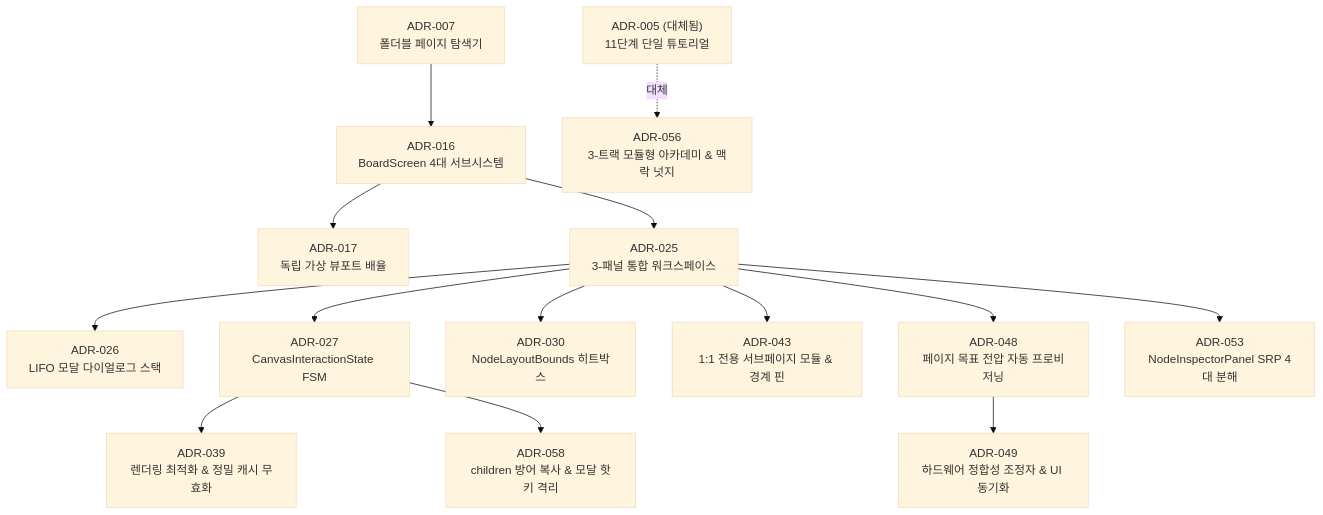
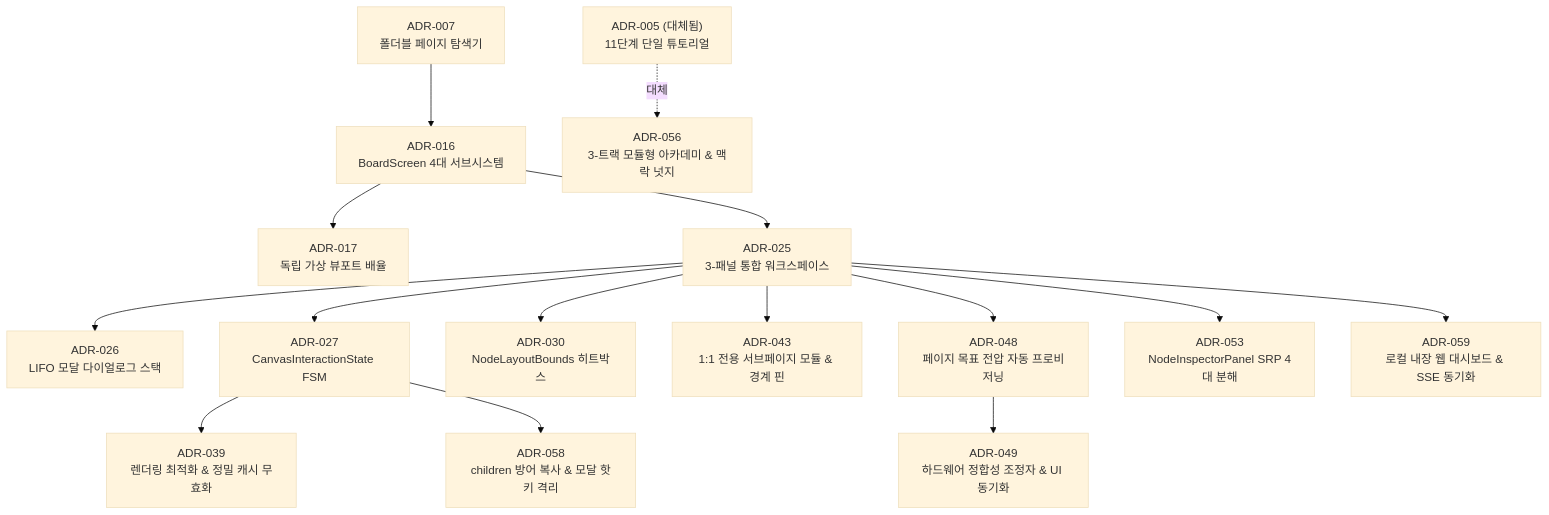
Before and after one commit to Amvermain/GregTechCalculatorBoard: the third of 4 diagrams in docs/adr/README.md, drawn with Mermaid (base theme). The commit also changed other lines of this file and 86 other files, not shown here.

````diff
--- a/docs/adr/README.md
+++ b/docs/adr/README.md
@@ -60,16 +60,17 @@
 ```mermaid
 flowchart TD
     ADR007["ADR-007<br/>폴더블 페이지 탐색기"] --> ADR016["ADR-016<br/>BoardScreen 4대 서브시스템"]
     ADR016 --> ADR017["ADR-017<br/>독립 가상 뷰포트 배율"]
     ADR016 --> ADR025["ADR-025<br/>3-패널 통합 워크스페이스"]
     ADR025 --> ADR026["ADR-026<br/>LIFO 모달 다이얼로그 스택"]
     ADR025 --> ADR027["ADR-027<br/>CanvasInteractionState FSM"]
     ADR025 --> ADR030["ADR-030<br/>NodeLayoutBounds 히트박스"]
     ADR027 --> ADR039["ADR-039<br/>렌더링 최적화 & 정밀 캐시 무효화"]
     ADR025 --> ADR043["ADR-043<br/>1:1 전용 서브페이지 모듈 & 경계 핀"]
     ADR025 --> ADR048["ADR-048<br/>페이지 목표 전압 자동 프로비저닝"]
     ADR048 --> ADR049["ADR-049<br/>하드웨어 정합성 조정자 & UI 동기화"]
     ADR025 --> ADR053["ADR-053<br/>NodeInspectorPanel SRP 4대 분해"]
     ADR005["ADR-005 (대체됨)<br/>11단계 단일 튜토리얼"] -.->|대체| ADR056["ADR-056<br/>3-트랙 모듈형 아카데미 & 맥락 넛지"]
     ADR027 --> ADR058["ADR-058<br/>children 방어 복사 & 모달 핫키 격리"]
+    ADR025 --> ADR059["ADR-059<br/>로컬 내장 웹 대시보드 & SSE 동기화"]
 ```
````
